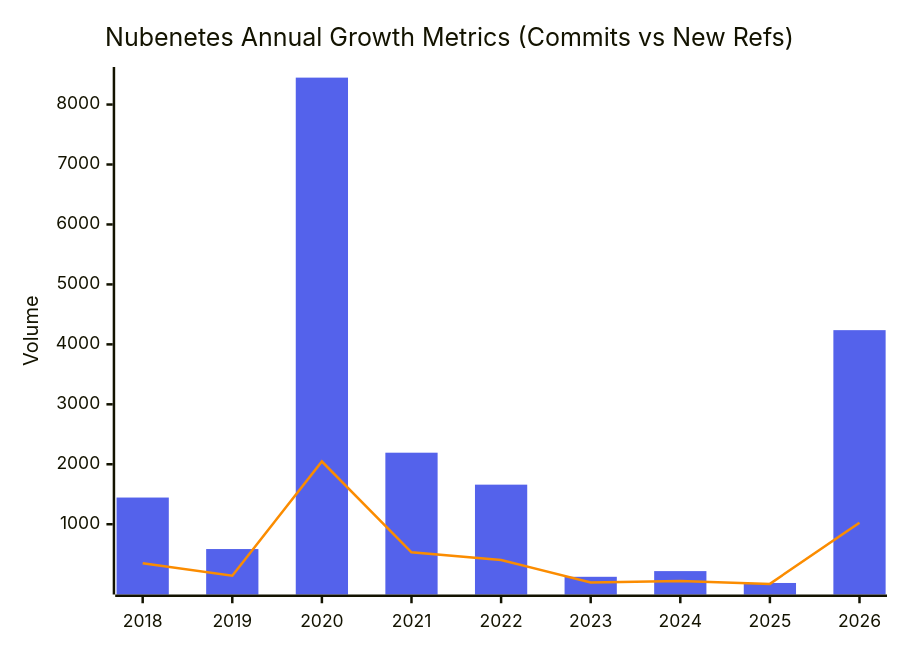
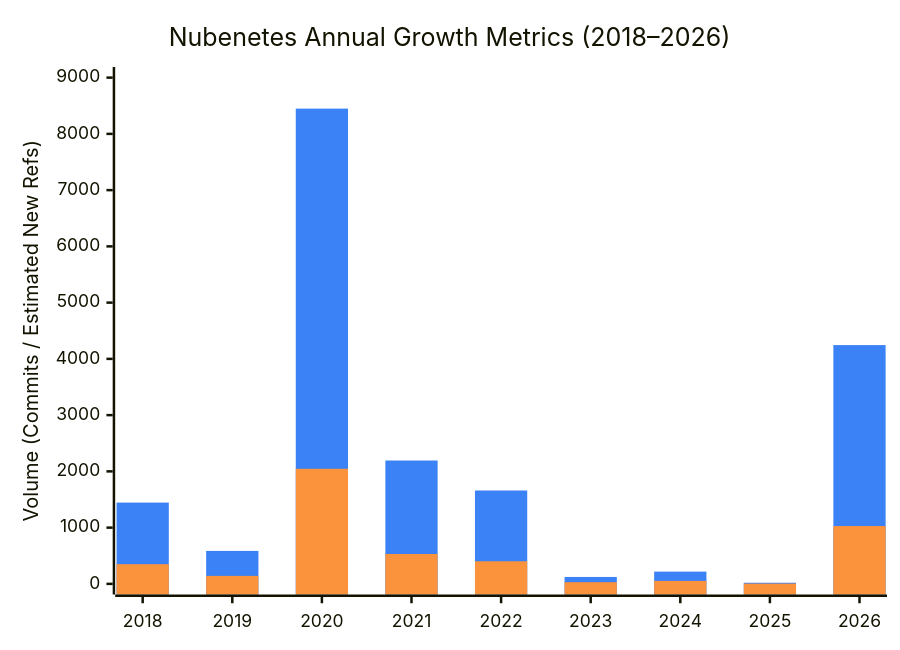
The first of 11 diagrams in README.md (nubenetes/awesome-kubernetes), drawn with Mermaid before and after one commit. The commit also changed other lines of this file and 1 other file, not shown here.

Commit message:
docs: update xychart-beta to match user preferred style

````diff
--- a/README.md
+++ b/README.md
@@ -156,14 +156,15 @@
 ```mermaid
 ---
 config:
   themeVariables:
     xyChart:
-      plotColorPalette: "#5462eb, #fb8c00"
+      plotColorPalette: '#3b82f6, #fb923c'
+  theme: mc
 ---
 xychart-beta
-    title "Nubenetes Annual Growth Metrics (Commits vs New Refs)"
+    title "Nubenetes Annual Growth Metrics (2018–2026)"
     x-axis ["2018", "2019", "2020", "2021", "2022", "2023", "2024", "2025", "2026"]
-    y-axis "Volume"
-    bar [1445, 586, 8449, 2193, 1660, 123, 218, 20, 4237]
-    line [350, 142, 2046, 531, 402, 30, 53, 5, 1026]
+    y-axis "Volume (Commits / Estimated New Refs)" 0 --> 9000
+    bar [1445, 586, 8449, 2193, 1660, 123, 218, 20, 4245]
+    bar [350, 142, 2046, 531, 402, 30, 53, 5, 1028]
 ```
````
